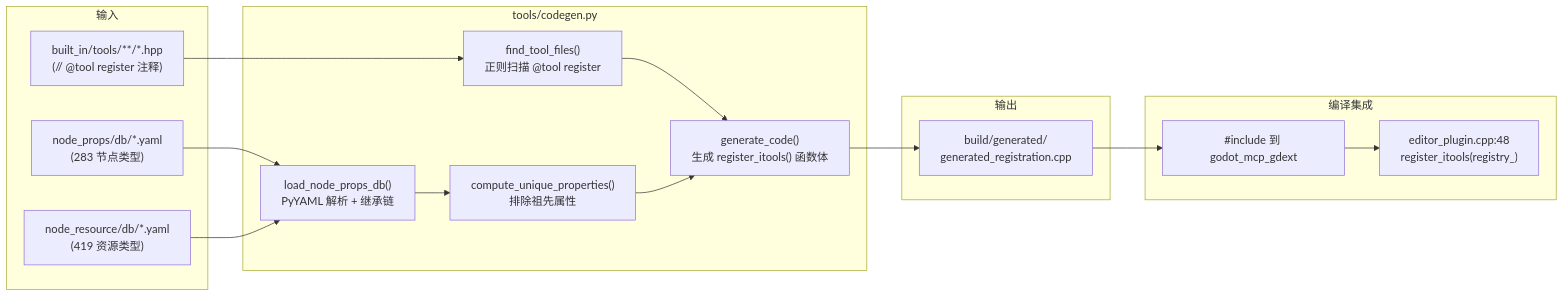
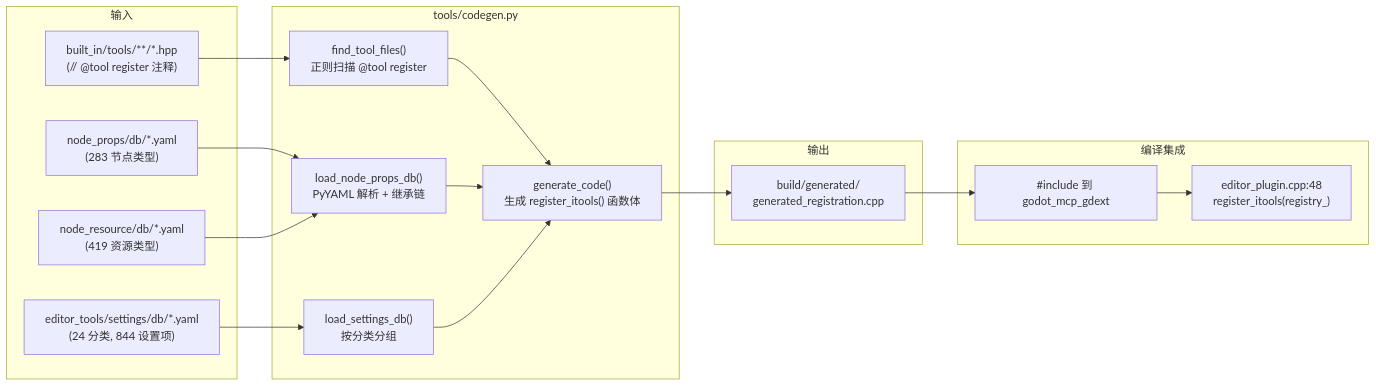
One commit to jesspig/GodotMCP-GDExtension changed the first of 2 diagrams in .repo_wiki/modules/codegen.md. Above: the diagram before and after it, drawn with Mermaid. The commit also changed other lines of this file and 10 other files, not shown here.

````diff
--- a/.repo_wiki/modules/codegen.md
+++ b/.repo_wiki/modules/codegen.md
@@ -7,34 +7,36 @@
 ```mermaid
 flowchart LR
     subgraph Inputs["输入"]
         HPP["built_in/tools/**/*.hpp<br/>(// @tool register 注释)"]
         NPDB["node_props/db/*.yaml<br/>(283 节点类型)"]
         RPDB["node_resource/db/*.yaml<br/>(419 资源类型)"]
+        SDB["editor_tools/settings/db/*.yaml<br/>(24 分类, 844 设置项)"]
     end
 
     subgraph Codegen["tools/codegen.py"]
         SCAN["find_tool_files()<br/>正则扫描 @tool register"]
         YLOAD["load_node_props_db()<br/>PyYAML 解析 + 继承链"]
-        UNIQ["compute_unique_properties()<br/>排除祖先属性"]
+        SLOAD["load_settings_db()<br/>按分类分组"]
         GEN["generate_code()<br/>生成 register_itools() 函数体"]
     end
 
     subgraph Output["输出"]
         REG["build/generated/<br/>generated_registration.cpp"]
     end
 
     subgraph Build["编译集成"]
         INC["#include 到 godot_mcp_gdext"]
         CALL["editor_plugin.cpp:48<br/>register_itools(registry_)"]
     end
 
     HPP --> SCAN
     NPDB --> YLOAD
     RPDB --> YLOAD
-    YLOAD --> UNIQ
+    SDB --> SLOAD
     SCAN --> GEN
-    UNIQ --> GEN
+    YLOAD --> GEN
+    SLOAD --> GEN
     GEN --> REG
     REG --> INC
     INC --> CALL
 ```
````
